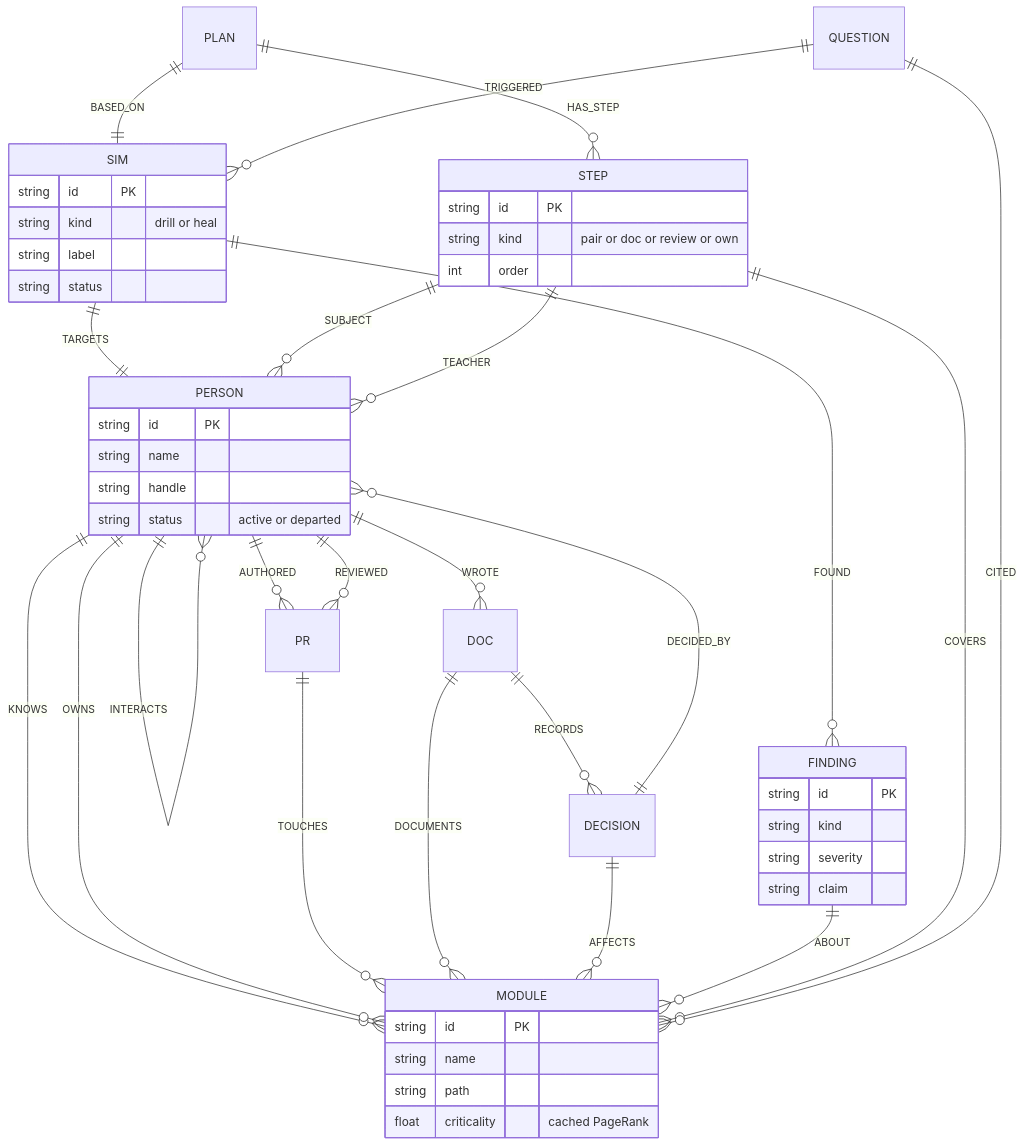
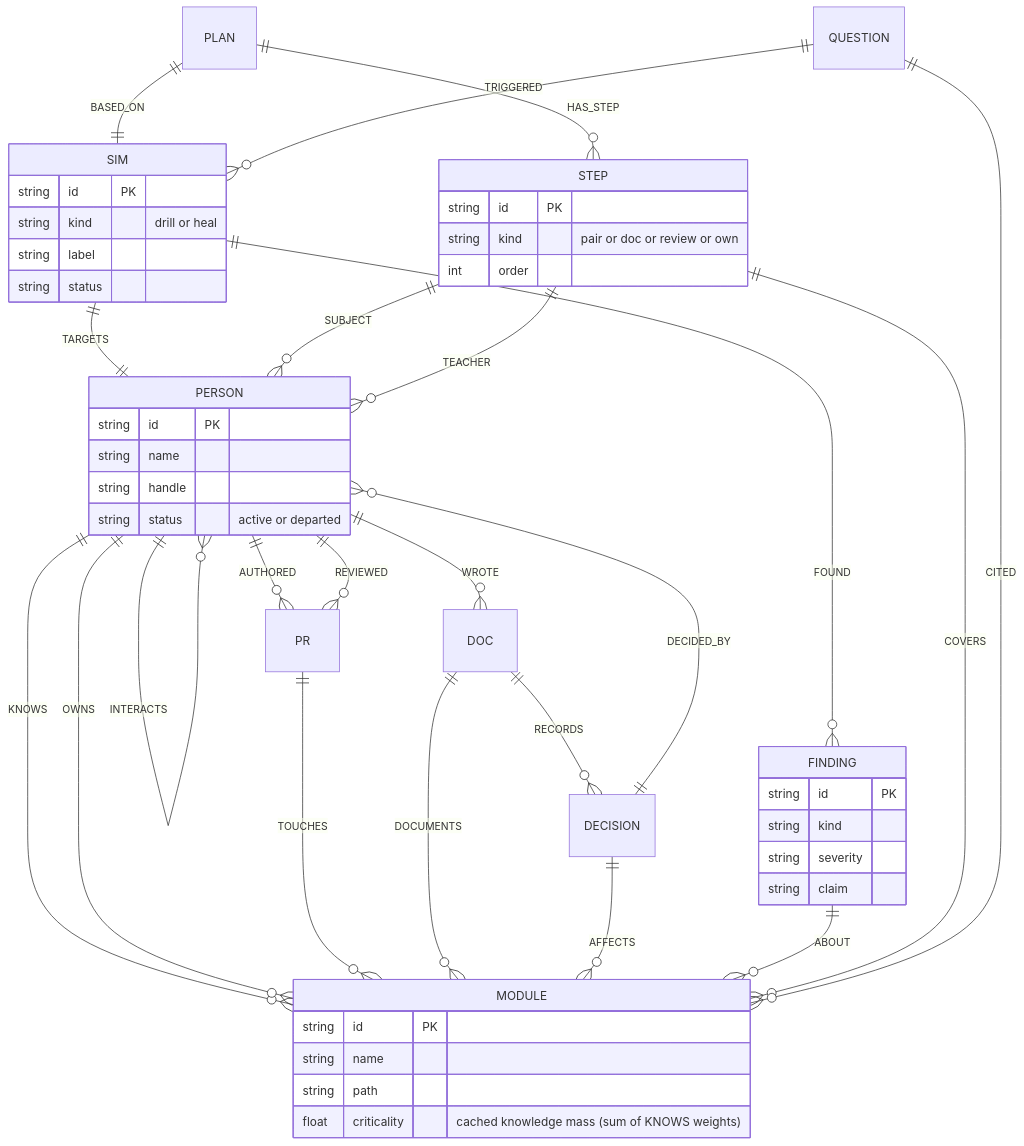
One commit to devnamrits/BusFactor changed the second of 5 diagrams in README.md. Above: the diagram before and after it, drawn with Mermaid. The commit also changed other lines of this file and 34 other files, not shown here.

````diff
--- a/README.md
+++ b/README.md
@@ -157,53 +157,53 @@
 ```mermaid
 erDiagram
     PERSON {
         string id PK
         string name
         string handle
         string status "active or departed"
     }
     MODULE {
         string id PK
         string name
         string path
-        float  criticality "cached PageRank"
+        float  criticality "cached knowledge mass (sum of KNOWS weights)"
     }
     SIM {
         string id PK
         string kind "drill or heal"
         string label
         string status
     }
     FINDING {
         string id PK
         string kind
         string severity
         string claim
     }
     STEP {
         string id PK
         string kind "pair or doc or review or own"
         int    order
     }
     PERSON ||--o{ MODULE : KNOWS
     PERSON ||--o{ MODULE : OWNS
     PERSON ||--o{ PR : AUTHORED
     PERSON ||--o{ PR : REVIEWED
     PR ||--o{ MODULE : TOUCHES
     PERSON ||--o{ DOC : WROTE
     DOC ||--o{ MODULE : DOCUMENTS
     DOC ||--o{ DECISION : RECORDS
     DECISION ||--o{ PERSON : DECIDED_BY
     DECISION ||--o{ MODULE : AFFECTS
     PERSON ||--o{ PERSON : INTERACTS
     SIM ||--|| PERSON : TARGETS
     SIM ||--o{ FINDING : FOUND
     FINDING ||--o{ MODULE : ABOUT
     PLAN ||--o{ STEP : HAS_STEP
     PLAN ||--|| SIM : BASED_ON
     STEP ||--o{ PERSON : SUBJECT
     STEP ||--o{ PERSON : TEACHER
     STEP ||--o{ MODULE : COVERS
     QUESTION ||--o{ MODULE : CITED
     QUESTION ||--o{ SIM : TRIGGERED
 ```
````
